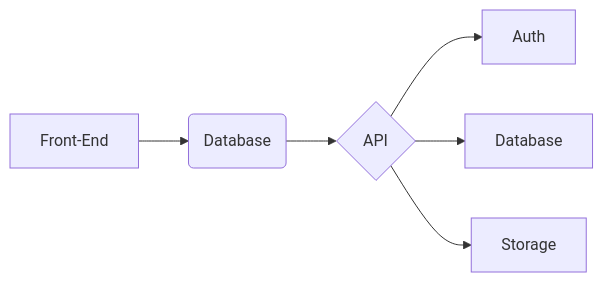
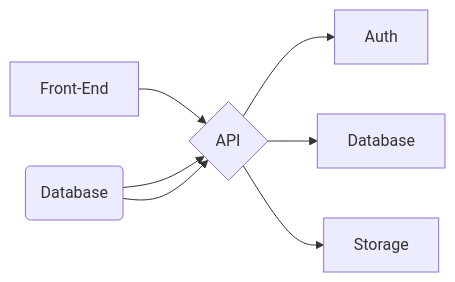
The diagram in readme.md (SauloCandeira/pattern-firebase), drawn with Mermaid before and after one commit.

````diff
--- a/readme.md
+++ b/readme.md
@@ -13,8 +13,9 @@
 ```mermaid
 flowchart LR
-A[Front-End] --> B(Database)
+A[Front-End] --> C{API}
+B(Database) --> C{API}
 B --> C{API}
 C --> D[Auth]
 C --> E[Database]
 C --> F[Storage]
 ```
````
